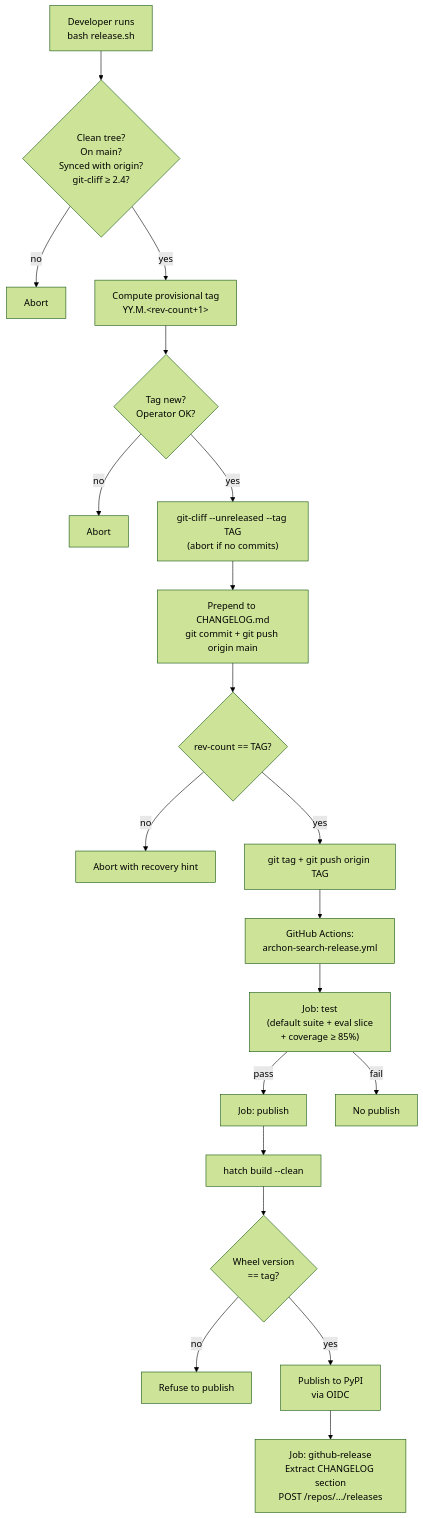
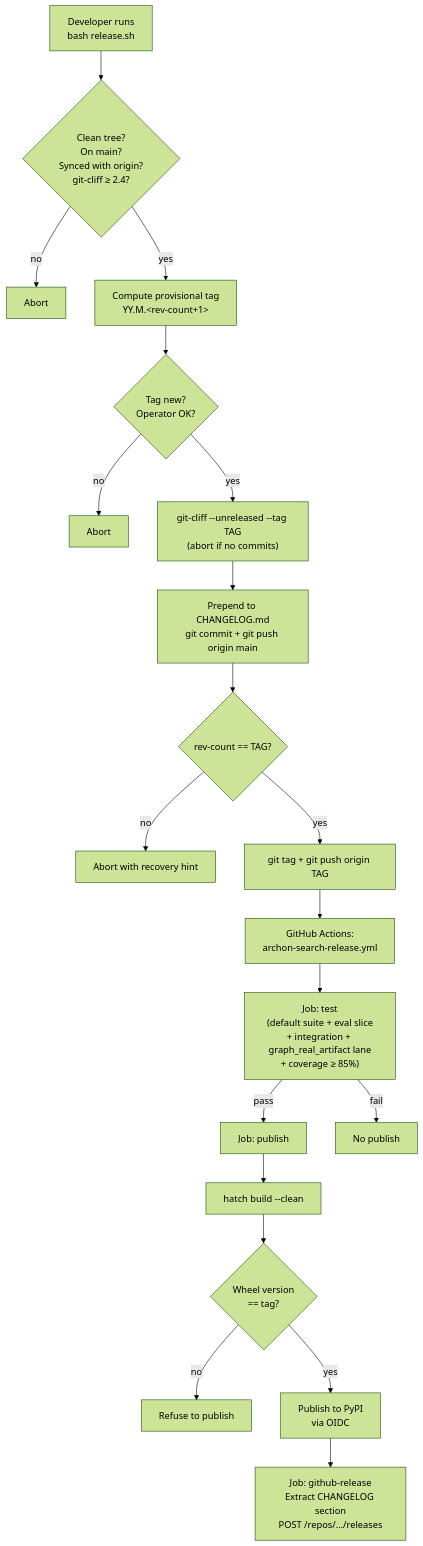
Before and after one commit to user538295/archon-search: the diagram in Documentation/Architecture/510_release_and_environment_strategy.md, drawn with Mermaid (forest theme). The commit also changed other lines of this file and 10 other files, not shown here.

First line of the commit message:
fix(ci): make the graph artifact cache actually work, drop it from release

````diff
--- a/Documentation/Architecture/510_release_and_environment_strategy.md
+++ b/Documentation/Architecture/510_release_and_environment_strategy.md
@@ -93,22 +93,22 @@
 ```mermaid
 flowchart TD
     Dev["Developer runs<br/>bash release.sh"] --> Preflight{"Clean tree?<br/>On main?<br/>Synced with origin?<br/>git-cliff ≥ 2.4?"}
     Preflight -- no --> Fail1[Abort]
     Preflight -- yes --> Compute["Compute provisional tag<br/>YY.M.&lt;rev-count+1&gt;"]
     Compute --> Confirm{Tag new?<br/>Operator OK?}
     Confirm -- no --> Fail2[Abort]
     Confirm -- yes --> Cliff["git-cliff --unreleased --tag TAG<br/>(abort if no commits)"]
     Cliff --> Prepend["Prepend to CHANGELOG.md<br/>git commit + git push origin main"]
     Prepend --> CountCheck{"rev-count == TAG?"}
     CountCheck -- no --> Fail3[Abort with recovery hint]
     CountCheck -- yes --> TagPush[git tag + git push origin TAG]
     TagPush --> GHA["GitHub Actions:<br/>archon-search-release.yml"]
-    GHA --> TestJob["Job: test<br/>(default suite + eval slice<br/>+ coverage ≥ 85%)"]
+    GHA --> TestJob["Job: test<br/>(default suite + eval slice<br/>+ integration + graph_real_artifact lane<br/>+ coverage ≥ 85%)"]
     TestJob -- pass --> PublishJob["Job: publish"]
     TestJob -- fail --> Stop[No publish]
     PublishJob --> Build["hatch build --clean"]
     Build --> Verify{"Wheel version<br/>== tag?"}
     Verify -- no --> Refuse[Refuse to publish]
     Verify -- yes --> PyPI["Publish to PyPI<br/>via OIDC"]
     PyPI --> GHRelease["Job: github-release<br/>Extract CHANGELOG section<br/>POST /repos/.../releases"]
 ```
````
